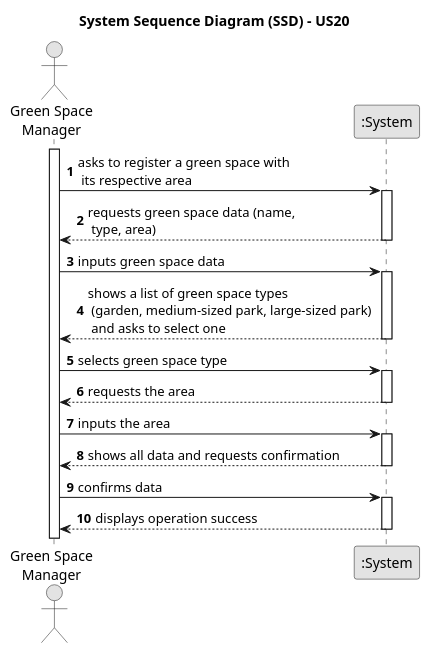
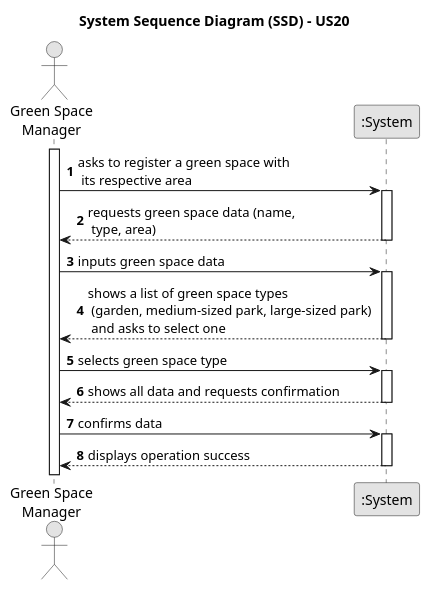
One commit to diogoveirospro/lei-24-s2-1dg-g072 changed the diagram in docs/sprintC/us020/01.requirements-engineering/puml/us020-system-sequence-diagram-alternative-one.puml. Above: the diagram before and after it, drawn with PlantUML. The commit also changed 3 other files, not shown here.

```diff
--- a/docs/sprintC/us020/01.requirements-engineering/puml/us020-system-sequence-diagram-alternative-one.puml
+++ b/docs/sprintC/us020/01.requirements-engineering/puml/us020-system-sequence-diagram-alternative-one.puml
@@ -1,45 +1,40 @@
 @startuml
 skinparam monochrome true
 skinparam packageStyle rectangle
 skinparam shadowing false
 
 title System Sequence Diagram (SSD) - US20
 
 autonumber
 
 actor "Green Space\nManager" as GSM
 participant ":System" as System
 
 activate GSM
 
     GSM -> System : asks to register a green space with \n its respective area
     activate System
 
         System --> GSM : requests green space data (name, \n type, area)
     deactivate System
 
     GSM -> System : inputs green space data
     activate System
 
         System --> GSM : shows a list of green space types \n (garden, medium-sized park, large-sized park) \n and asks to select one
     deactivate System
 
     GSM -> System : selects green space type
     activate System
 
-        System --> GSM : requests the area
-    deactivate System
-
-    GSM -> System : inputs the area
-    activate System
 
         System --> GSM : shows all data and requests confirmation
     deactivate System
 
     GSM -> System : confirms data
     activate System
 
         System --> GSM : displays operation success
     deactivate System
 
 @enduml
```
